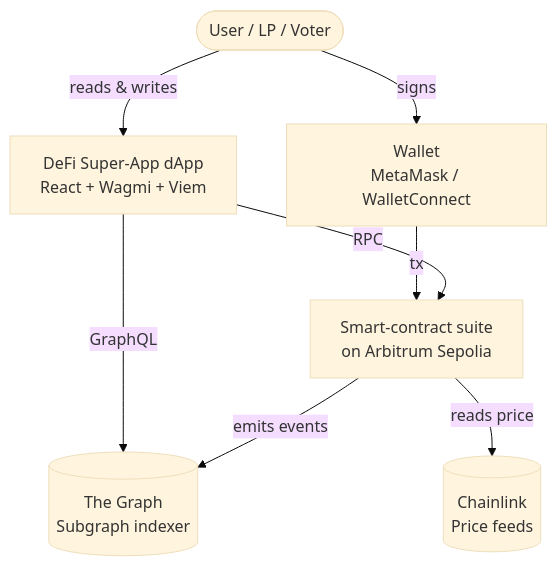
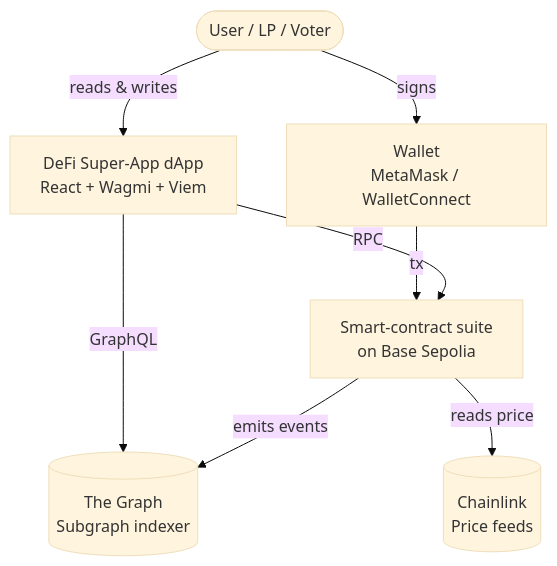
The first of 6 diagrams in docs/architecture.md (4lishe3r/final-blockchain), drawn with Mermaid (base theme) before and after one commit. The commit also changed other lines of this file and 4 other files, not shown here.

````diff
--- a/docs/architecture.md
+++ b/docs/architecture.md
@@ -22,17 +22,17 @@
 ```mermaid
 flowchart TB
     User([User / LP / Voter])
     Dapp[DeFi Super-App dApp<br/>React + Wagmi + Viem]
-    Protocol[Smart-contract suite<br/>on Arbitrum Sepolia]
+    Protocol[Smart-contract suite<br/>on Base Sepolia]
     Graph[(The Graph<br/>Subgraph indexer)]
     Chainlink[(Chainlink<br/>Price feeds)]
     Wallet[Wallet<br/>MetaMask / WalletConnect]
 
     User -->|reads & writes| Dapp
     User -->|signs| Wallet
     Wallet -->|tx| Protocol
     Dapp -->|RPC| Protocol
     Dapp -->|GraphQL| Graph
     Protocol -->|emits events| Graph
     Protocol -->|reads price| Chainlink
 ```
````
